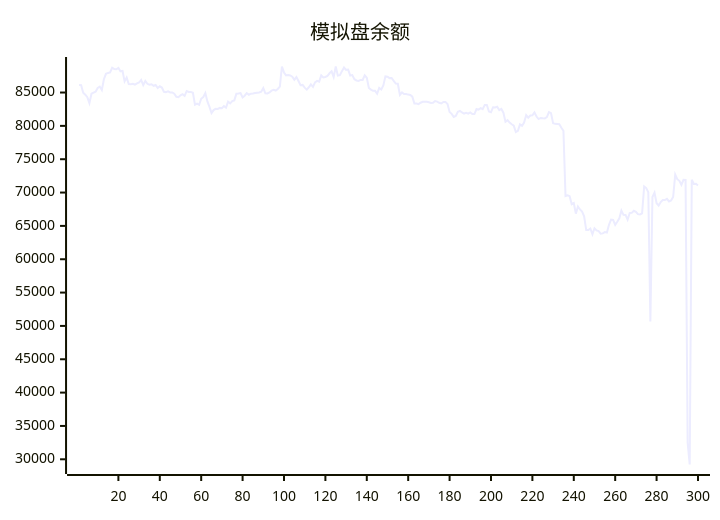
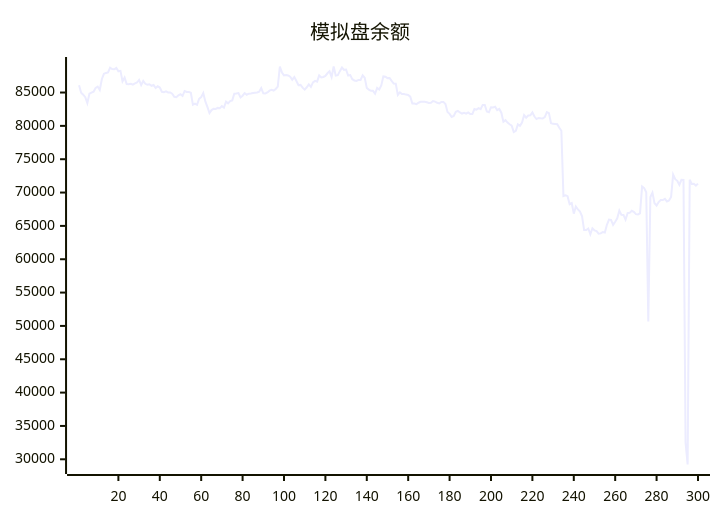
One commit to aahl/ai-trading changed the diagram in README.md. Above: the diagram before and after it, drawn with Mermaid. The commit also changed other lines of this file and 1 other file, not shown here.

````diff
--- a/README.md
+++ b/README.md
@@ -5,5 +5,5 @@
 ```mermaid
 xychart
     title "模拟盘余额"
-    line [86149,86106,84968,84671,84302,83410,84816,85001,85127,85693,85891,85384,87001,87811,87945,88007,88734,88528,88495,88705,88189,88248,86662,87234,86279,86251,86314,86177,86364,86503,86886,86114,86731,86310,86176,86240,86017,86136,85685,85938,85749,85111,85044,85164,85016,85008,84824,84354,84287,84572,84745,84500,85234,85096,85095,84970,83180,83338,83157,84070,84309,84922,83667,82850,81924,82369,82552,82539,82695,82648,82962,82728,83619,83378,83710,83825,84819,84854,84917,84265,84527,84919,84668,84834,84850,84916,84981,85004,85131,85674,84891,84864,85019,85284,85393,85294,85538,85894,88904,88012,87567,87625,87568,87386,86920,87313,86737,86094,86143,85725,85437,85787,86219,85859,86526,86740,86630,87563,87264,87335,87483,87886,88180,87335,88894,87544,87608,88207,88755,88401,88444,87543,87608,87000,86810,86740,86894,86884,87576,87209,85686,85435,85251,85255,84820,85689,85453,86066,87420,87373,87161,87178,86740,86341,86315,84643,85012,84772,84768,84690,84635,84376,83360,83357,83259,83474,83608,83606,83602,83548,83440,83454,83724,83644,83464,83365,83590,83592,83275,82072,81806,81344,81492,82109,82254,82006,81848,81955,81829,82022,81769,81776,82522,82441,82656,82498,83144,83144,82150,82038,82797,82763,82872,82367,82536,81981,80612,80862,80484,80242,80034,79063,79245,80226,80016,80507,81625,81233,81544,81578,82016,81401,81019,81186,81130,81118,81306,82066,81909,80392,80304,80291,80258,79729,79261,69466,69579,69456,68251,68415,66832,67911,67462,67144,66432,64380,64375,64606,63740,64647,64324,64216,63842,63877,64078,64008,65156,65945,65888,65157,65625,66144,67284,66653,66639,65924,66925,66956,67263,67108,66766,66729,66886,70927,70673,70049,50652,69334,69973,68400,68061,68578,68876,68879,69055,68662,68822,69329,72687,71999,71760,71162,71911,71896,32500,29218,71927,71297,71305,71044]
+    line [86106,84968,84671,84302,83410,84816,85001,85127,85693,85891,85384,87001,87811,87945,88007,88734,88528,88495,88705,88189,88248,86662,87234,86279,86251,86314,86177,86364,86503,86886,86114,86731,86310,86176,86240,86017,86136,85685,85938,85749,85111,85044,85164,85016,85008,84824,84354,84287,84572,84745,84500,85234,85096,85095,84970,83180,83338,83157,84070,84309,84922,83667,82850,81924,82369,82552,82539,82695,82648,82962,82728,83619,83378,83710,83825,84819,84854,84917,84265,84527,84919,84668,84834,84850,84916,84981,85004,85131,85674,84891,84864,85019,85284,85393,85294,85538,85894,88904,88012,87567,87625,87568,87386,86920,87313,86737,86094,86143,85725,85437,85787,86219,85859,86526,86740,86630,87563,87264,87335,87483,87886,88180,87335,88894,87544,87608,88207,88755,88401,88444,87543,87608,87000,86810,86740,86894,86884,87576,87209,85686,85435,85251,85255,84820,85689,85453,86066,87420,87373,87161,87178,86740,86341,86315,84643,85012,84772,84768,84690,84635,84376,83360,83357,83259,83474,83608,83606,83602,83548,83440,83454,83724,83644,83464,83365,83590,83592,83275,82072,81806,81344,81492,82109,82254,82006,81848,81955,81829,82022,81769,81776,82522,82441,82656,82498,83144,83144,82150,82038,82797,82763,82872,82367,82536,81981,80612,80862,80484,80242,80034,79063,79245,80226,80016,80507,81625,81233,81544,81578,82016,81401,81019,81186,81130,81118,81306,82066,81909,80392,80304,80291,80258,79729,79261,69466,69579,69456,68251,68415,66832,67911,67462,67144,66432,64380,64375,64606,63740,64647,64324,64216,63842,63877,64078,64008,65156,65945,65888,65157,65625,66144,67284,66653,66639,65924,66925,66956,67263,67108,66766,66729,66886,70927,70673,70049,50652,69334,69973,68400,68061,68578,68876,68879,69055,68662,68822,69329,72687,71999,71760,71162,71911,71896,32500,29218,71927,71297,71305,71044,71337]
 ```
````
